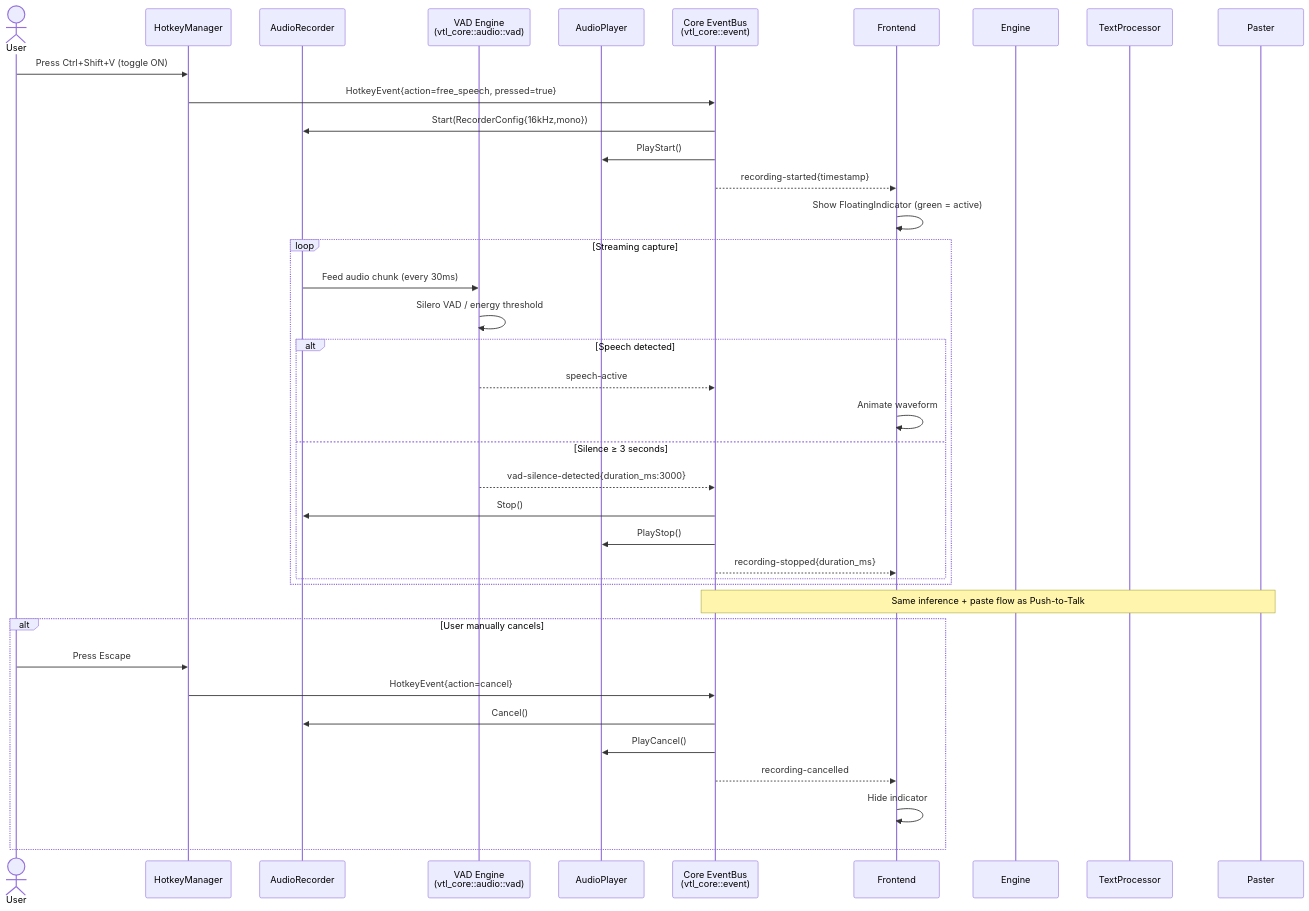
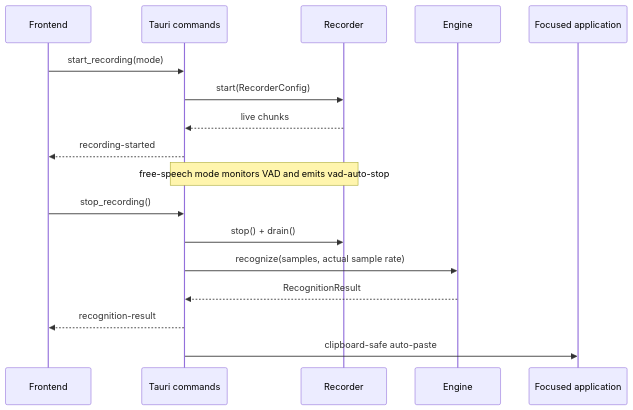
One commit to stevenke1981/Voice-typeless changed the second of 2 diagrams in docs/architecture.md. Above: the diagram before and after it, drawn with Mermaid. The commit also changed other lines of this file and 1361 other files, not shown here.

````diff
--- a/docs/architecture.md
+++ b/docs/architecture.md
@@ -1018,45 +77,20 @@
 ```mermaid
 sequenceDiagram
-    actor User
-    participant HK as HotkeyManager
-    participant AR as AudioRecorder
-    participant VAD as VAD Engine<br/>(vtl_core::audio::vad)
-    participant AP as AudioPlayer
-    participant EV as Core EventBus<br/>(vtl_core::event)
-    participant FE as Frontend
-    participant ENG as Engine
-    participant PROC as TextProcessor
-    participant PST as Paster
+    participant UI as Frontend
+    participant CMD as Tauri commands
+    participant REC as Recorder
+    participant ASR as Engine
+    participant OS as Focused application
 
-    User->>HK: Press Ctrl+Shift+V (toggle ON)
-    HK->>EV: HotkeyEvent{action=free_speech, pressed=true}
-    EV->>AR: Start(RecorderConfig{16kHz,mono})
-    EV->>AP: PlayStart()
-    EV-->>FE: recording-started{timestamp}
-    FE->>FE: Show FloatingIndicator (green = active)
-
-    loop Streaming capture
-        AR->>VAD: Feed audio chunk (every 30ms)
-        VAD->>VAD: Silero VAD / energy threshold
-        alt Speech detected
-            VAD-->>EV: speech-active
-            FE->>FE: Animate waveform
-        else Silence ≥ 3 seconds
-            VAD-->>EV: vad-silence-detected{duration_ms:3000}
-            EV->>AR: Stop()
-            EV->>AP: PlayStop()
-            EV-->>FE: recording-stopped{duration_ms}
-        end
-    end
-
-    Note over EV,PST: Same inference + paste flow as Push-to-Talk
-
-    alt User manually cancels
-        User->>HK: Press Escape
-        HK->>EV: HotkeyEvent{action=cancel}
-        EV->>AR: Cancel()
-        EV->>AP: PlayCancel()
-        EV-->>FE: recording-cancelled
-        FE->>FE: Hide indicator
-    end
+    UI->>CMD: start_recording(mode)
+    CMD->>REC: start(RecorderConfig)
+    REC-->>CMD: live chunks
+    CMD-->>UI: recording-started
+    Note over CMD,REC: free-speech mode monitors VAD and emits vad-auto-stop
+    UI->>CMD: stop_recording()
+    CMD->>REC: stop() + drain()
+    CMD->>ASR: recognize(samples, actual sample rate)
+    ASR-->>CMD: RecognitionResult
+    CMD-->>UI: recognition-result
+    CMD->>OS: clipboard-safe auto-paste
 ```
````
